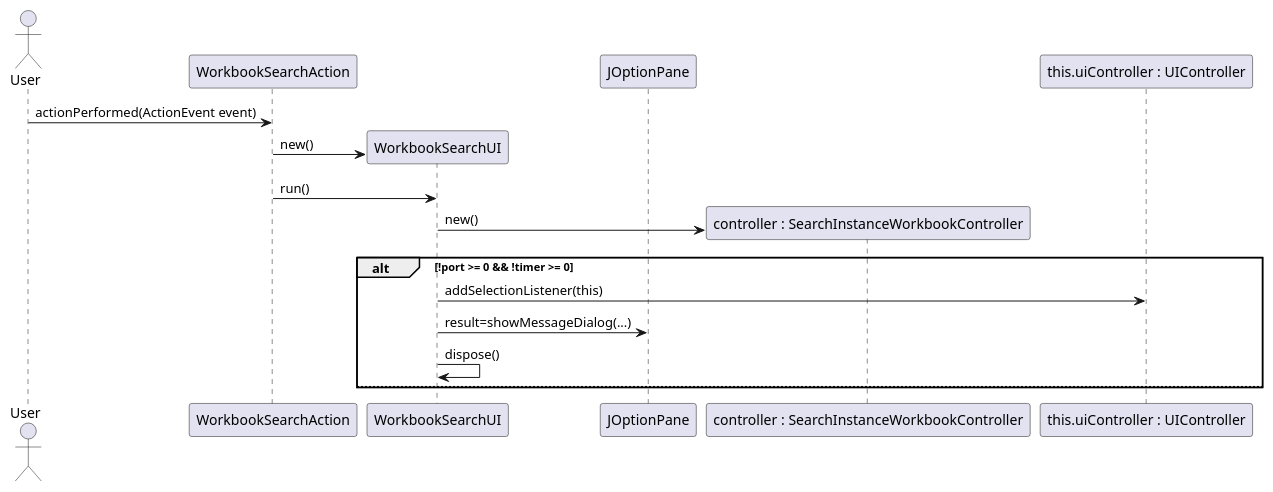
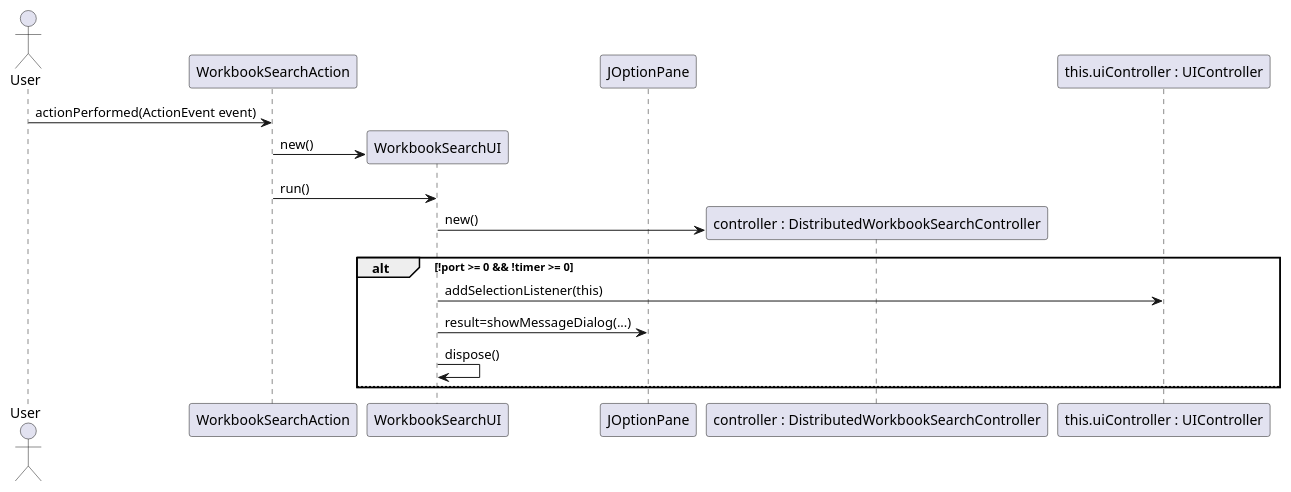
The diagram in src/main/java/csheets/worklog/n1140364/sprint2/ipc_3.1_extension_image4.puml (RubenTeixeira/cleansheets_isep_2dg_2016), drawn with PlantUML before and after one commit. The commit also changed 12 other files, not shown here.

```diff
--- a/src/main/java/csheets/worklog/n1140364/sprint2/ipc_3.1_extension_image4.puml
+++ b/src/main/java/csheets/worklog/n1140364/sprint2/ipc_3.1_extension_image4.puml
@@ -1,21 +1,21 @@
   @startuml doc-files/ipc_3.1_extension_image4.png
   actor User
   participant WorkbookSearchAction as EA
   participant WorkbookSearchUI as Option
   participant JOptionPane as JOption
-  participant "controller : SearchInstanceWorkbookController" as Control
+  participant "controller : DistributedWorkbookSearchController" as Control
   participant "this.uiController : UIController" as UIC
 
   User -> EA : actionPerformed(ActionEvent event)
   create Option
   EA -> Option : new()
   EA -> Option : run()
   create Control
   Option -> Control : new()
   alt !port >= 0 && !timer >= 0
 	Option -> UIC : addSelectionListener(this)
 	Option -> JOption : result=showMessageDialog(...)
 	Option -> Option : dispose()
   else
   end
   @enduml
```
